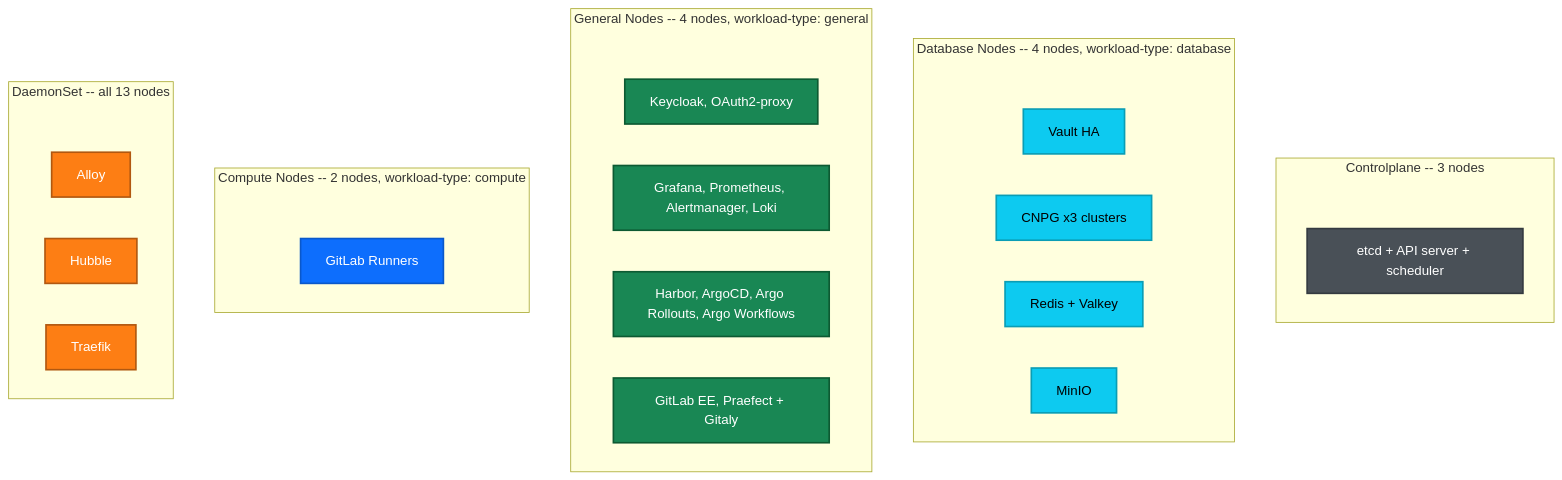
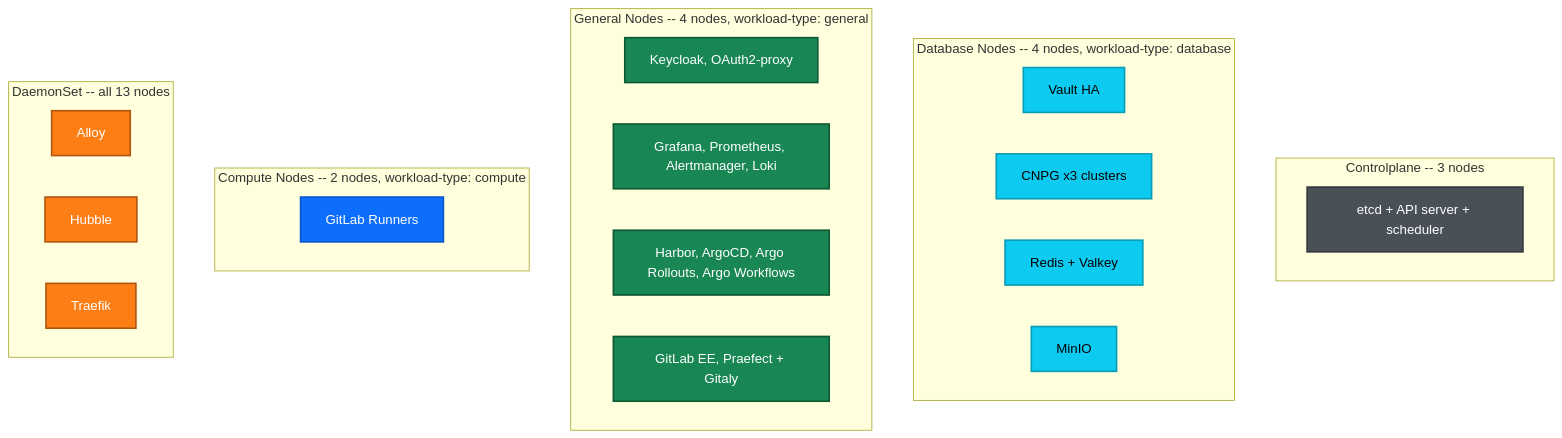
One commit to derhornspieler/harvester-rke2-svcs changed the eighth of 9 diagrams in docs/architecture/landscape.md. Above: the diagram before and after it, drawn with Mermaid. The commit also changed other lines of this file, not shown here.

Commit message:
fix: limit Mermaid spacer nodes to Where Data Lives diagram only

````diff
--- a/docs/architecture/landscape.md
+++ b/docs/architecture/landscape.md
@@ -313,53 +300,47 @@
 ```mermaid
 graph TB
     subgraph cp["Controlplane -- 3 nodes"]
         direction LR
-        cp_pad[ ]:::hidden
         cp1["etcd + API server + scheduler"]
     end
 
     subgraph db["Database Nodes -- 4 nodes, workload-type: database"]
         direction LR
-        db_pad[ ]:::hidden
         db1["Vault HA"]
         db2["CNPG x3 clusters"]
         db3["Redis + Valkey"]
         db4["MinIO"]
     end
 
     subgraph gen["General Nodes -- 4 nodes, workload-type: general"]
         direction LR
-        gen_pad[ ]:::hidden
         gen1["Keycloak, OAuth2-proxy"]
         gen2["Grafana, Prometheus, Alertmanager, Loki"]
         gen3["Harbor, ArgoCD, Argo Rollouts, Argo Workflows"]
         gen4["GitLab EE, Praefect + Gitaly"]
     end
 
     subgraph comp["Compute Nodes -- 2 nodes, workload-type: compute"]
         direction LR
-        comp_pad[ ]:::hidden
         comp1["GitLab Runners"]
     end
 
     subgraph daemon["DaemonSet -- all 13 nodes"]
         direction LR
-        dmn_pad[ ]:::hidden
         d1["Alloy"]
         d2["Hubble"]
         d3["Traefik"]
     end
 
     classDef cpn fill:#495057,color:#fff,stroke:#343a40,stroke-width:2px
     classDef dbn fill:#0dcaf0,color:#000,stroke:#0a9db5,stroke-width:2px
     classDef genn fill:#198754,color:#fff,stroke:#0d5a32,stroke-width:2px
     classDef compn fill:#0d6efd,color:#fff,stroke:#0a58ca,stroke-width:2px
     classDef dmn fill:#fd7e14,color:#fff,stroke:#b15810,stroke-width:2px
 
     class cp1 cpn
     class db1,db2,db3,db4 dbn
     class gen1,gen2,gen3,gen4 genn
     class comp1 compn
     class d1,d2,d3 dmn
-    classDef hidden display:none
 ```
````
